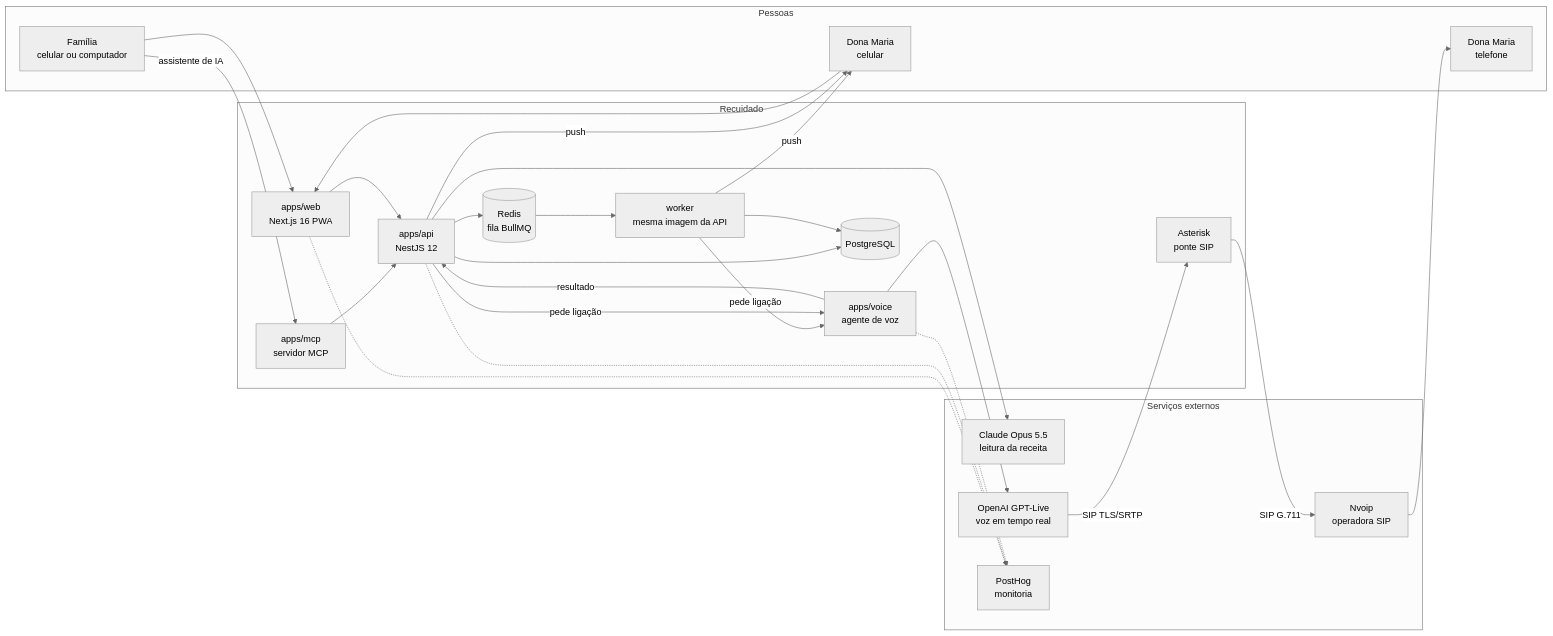
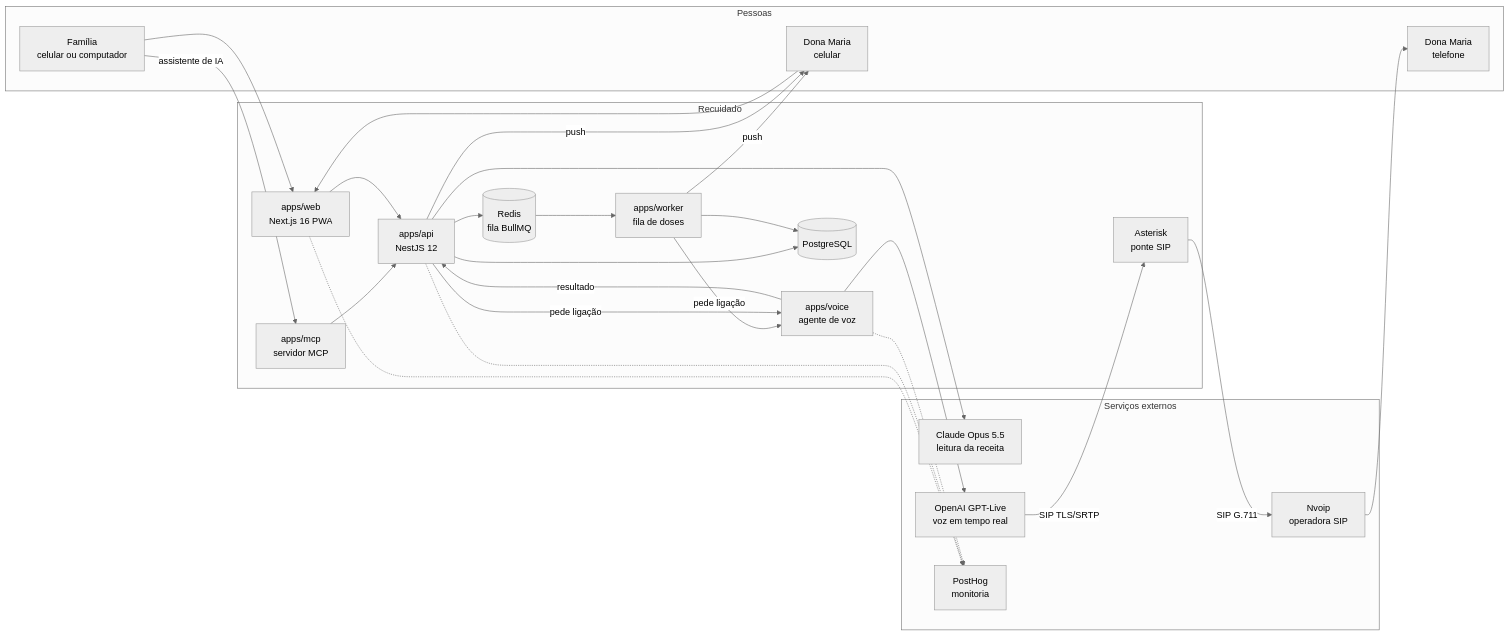
The first of 2 diagrams in README.md (lucianoiw/recuidado), drawn with Mermaid (neutral theme) before and after one commit. The commit also changed other lines of this file and 71 other files, not shown here.

````diff
--- a/README.md
+++ b/README.md
@@ -42,49 +42,49 @@
 ```mermaid
 flowchart LR
   subgraph pessoas [Pessoas]
     F[Família<br/>celular ou computador]
     M[Dona Maria<br/>celular]
     T[Dona Maria<br/>telefone]
   end
 
   subgraph app [Recuidado]
     W[apps/web<br/>Next.js 16 PWA]
     A[apps/api<br/>NestJS 12]
-    Q[worker<br/>mesma imagem da API]
+    Q[apps/worker<br/>fila de doses]
     V[apps/voice<br/>agente de voz]
     X[apps/mcp<br/>servidor MCP]
     K[Asterisk<br/>ponte SIP]
     P[(PostgreSQL)]
     R[(Redis<br/>fila BullMQ)]
   end
 
   subgraph ext [Serviços externos]
     C[Claude Opus 5.5<br/>leitura da receita]
     G[OpenAI GPT-Live<br/>voz em tempo real]
     N[Nvoip<br/>operadora SIP]
     H[PostHog<br/>monitoria]
   end
 
   F --> W
   F -- assistente de IA --> X
   X --> A
   M --> W
   W --> A
   A --> P
   A --> R
   R --> Q
   Q --> P
   Q -- push --> M
   Q -- pede ligação --> V
   A --> C
   A -- push --> M
   A -- pede ligação --> V
   V --> G
   G -- SIP TLS/SRTP --> K
   K -- SIP G.711 --> N
   N --> T
   V -- resultado --> A
   W -.-> H
   A -.-> H
   V -.-> H
 ```
````
